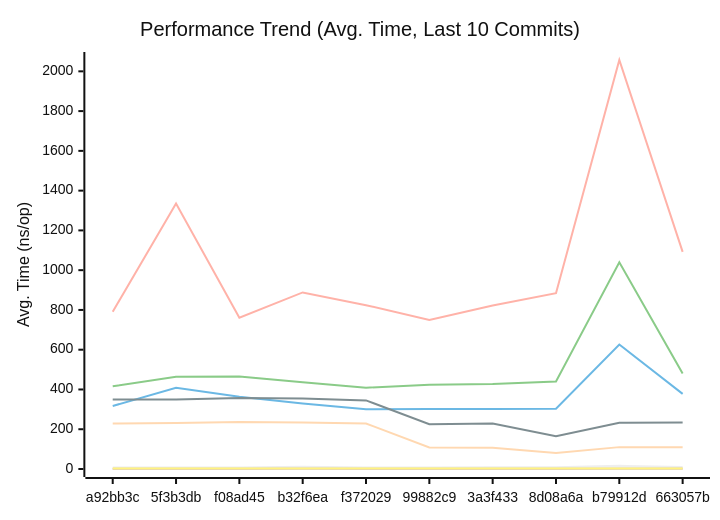
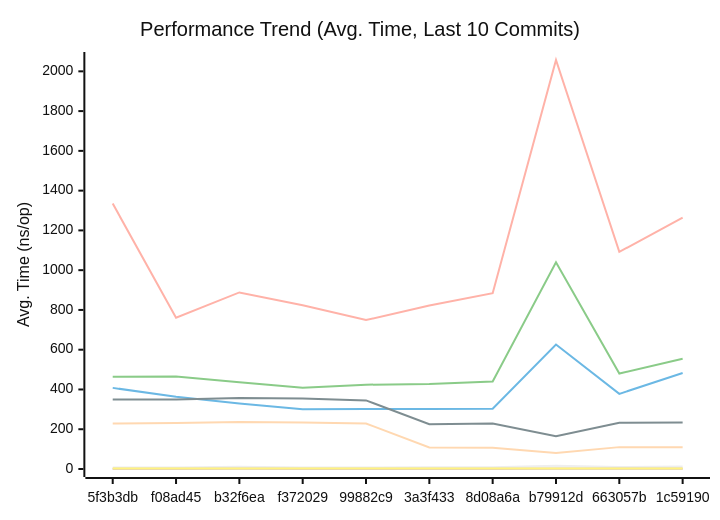
Before and after one commit to alsotoes/momo: the first of 3 diagrams in docs/PERFORMANCE.md, drawn with Mermaid (neutral theme). The commit also changed other lines of this file and 5 other files, not shown here.

````diff
--- a/docs/PERFORMANCE.md
+++ b/docs/PERFORMANCE.md
@@ -80,16 +80,16 @@
 ```mermaid
 xychart-beta
     title "Performance Trend (Avg. Time, Last 10 Commits)"
     x-axis "Commit"
     y-axis "Avg. Time (ns/op)"
-    x-axis [a92bb3c,5f3b3db,f08ad45,b32f6ea,f372029,99882c9,3a3f433,8d08a6a,b79912d,663057b]
-    line "CheckMetricsAndSwap" [8,8,7,11,8,7,9,9,16,10]
-    line "CrushOptimized" [317,408,363,329,301,302,302,303,626,378]
-    line "CrushOriginal" [416,464,465,436,409,424,427,440,1040,480]
-    line "IndexDirectTracking" [0,0,0,1,0,0,0,0,1,1]
-    line "IndexSearch" [3,3,3,3,3,3,2,2,3,2]
-    line "LoadGlobalConfig" [791,1335,761,888,824,749,822,884,2057,1092]
-    line "PadString" [2,2,2,2,2,2,2,2,3,3]
+    x-axis [5f3b3db,f08ad45,b32f6ea,f372029,99882c9,3a3f433,8d08a6a,b79912d,663057b,1c59190]
+    line "CheckMetricsAndSwap" [8,7,11,8,7,9,9,16,10,12]
+    line "CrushOptimized" [408,363,329,301,302,302,303,626,378,483]
+    line "CrushOriginal" [464,465,436,409,424,427,440,1040,480,554]
+    line "IndexDirectTracking" [0,0,1,0,0,0,0,1,1,1]
+    line "IndexSearch" [3,3,3,3,3,2,2,3,2,2]
+    line "LoadGlobalConfig" [1335,761,888,824,749,822,884,2057,1092,1264]
+    line "PadString" [2,2,2,2,2,2,2,3,3,3]
     line "ParseReplicationOrder_NoPrealloc" [350,349,357,354,345,225,229,165,232,234]
     line "ParseReplicationOrder_Prealloc" [229,231,237,234,229,108,107,80,110,109]
 ```
````
